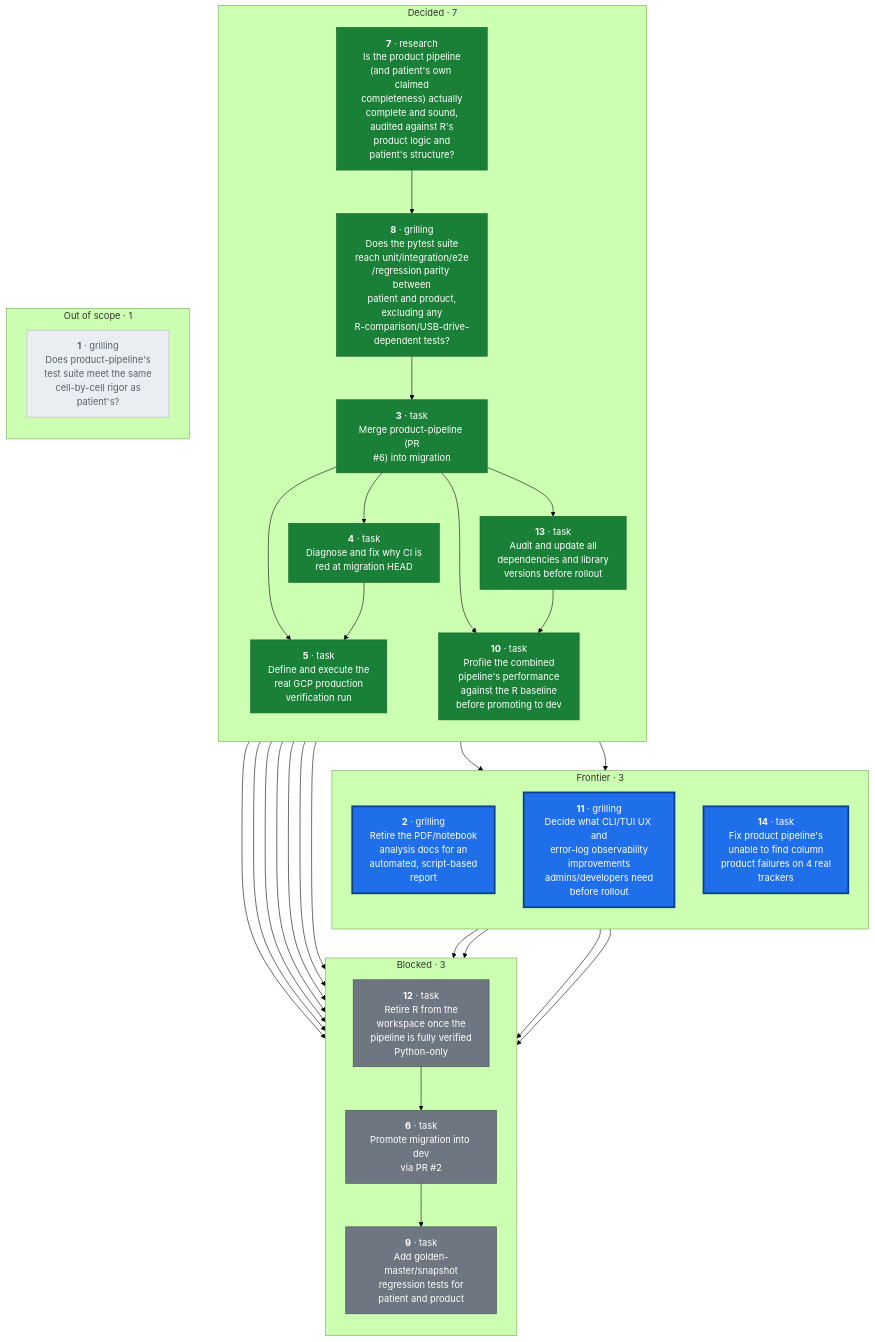
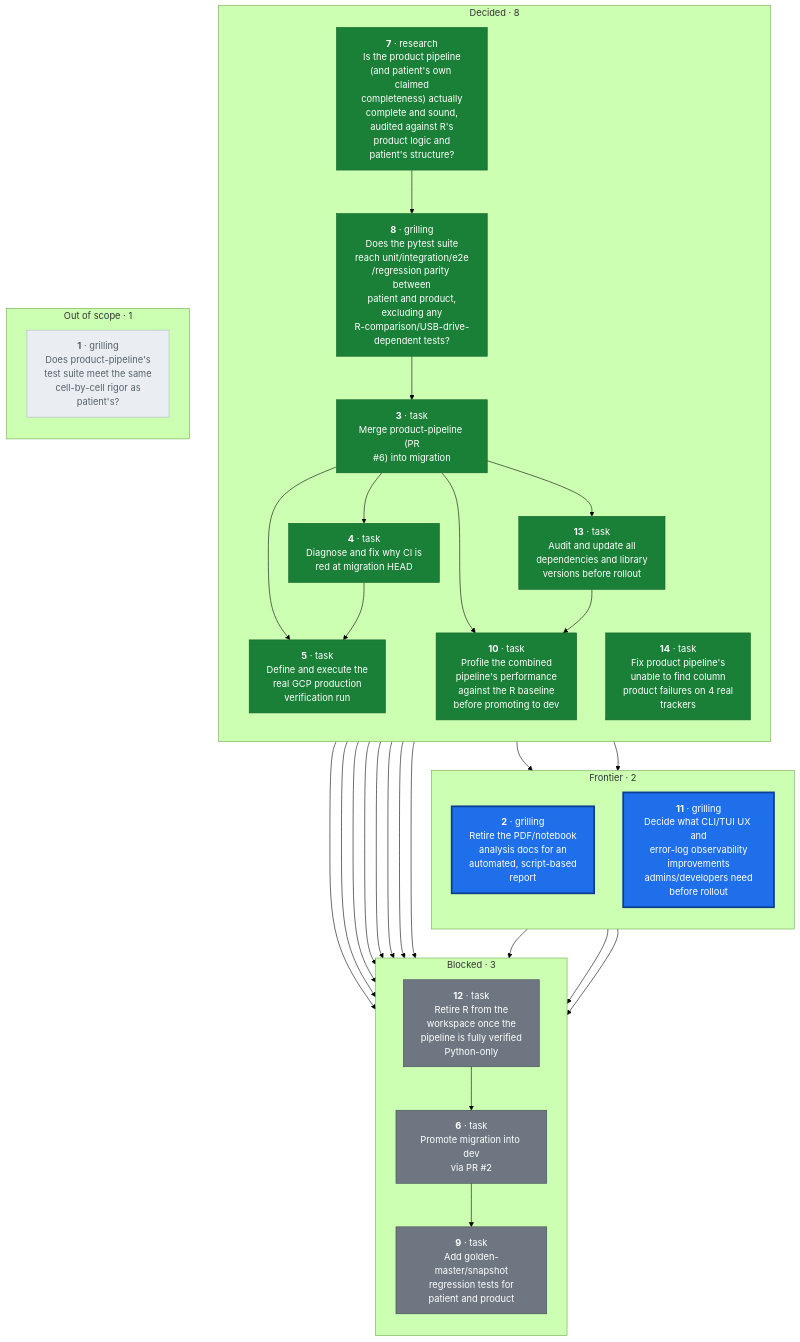
One commit to CorrelAid/a4d changed the diagram in docs/wayfinder/graph.mmd. Above: the diagram before and after it, drawn with Mermaid (forest theme). The commit also changed 7 other files, not shown here.

```diff
--- a/docs/wayfinder/graph.mmd
+++ b/docs/wayfinder/graph.mmd
@@ -1,60 +1,60 @@
 flowchart TD
-  subgraph FRONTIER["Frontier · 3"]
+  subgraph FRONTIER["Frontier · 2"]
     direction TB
     T2["<b>2</b> · grilling<br/>Retire the PDF/notebook<br/>analysis docs for an<br/>automated, script-based<br/>report"]
     T11["<b>11</b> · grilling<br/>Decide what CLI/TUI UX and<br/>error-log observability<br/>improvements<br/>admins/developers need<br/>before rollout"]
-    T14["<b>14</b> · task<br/>Fix product pipeline's<br/>unable to find column<br/>product failures on 4 real<br/>trackers"]
   end
   subgraph BLOCKED["Blocked · 3"]
     direction TB
     T6["<b>6</b> · task<br/>Promote migration into dev<br/>via PR #2"]
     T9["<b>9</b> · task<br/>Add golden-master/snapshot<br/>regression tests for<br/>patient and product"]
     T12["<b>12</b> · task<br/>Retire R from the<br/>workspace once the<br/>pipeline is fully verified<br/>Python-only"]
   end
-  subgraph DECIDED["Decided · 7"]
+  subgraph DECIDED["Decided · 8"]
     direction TB
     T3["<b>3</b> · task<br/>Merge product-pipeline (PR<br/>#6) into migration"]
     T4["<b>4</b> · task<br/>Diagnose and fix why CI is<br/>red at migration HEAD"]
     T5["<b>5</b> · task<br/>Define and execute the<br/>real GCP production<br/>verification run"]
     T7["<b>7</b> · research<br/>Is the product pipeline<br/>(and patient's own claimed<br/>completeness) actually<br/>complete and sound,<br/>audited against R's<br/>product logic and<br/>patient's structure?"]
     T8["<b>8</b> · grilling<br/>Does the pytest suite<br/>reach unit/integration/e2e<br/>/regression parity between<br/>patient and product,<br/>excluding any<br/>R-comparison/USB-drive-<br/>dependent tests?"]
     T10["<b>10</b> · task<br/>Profile the combined<br/>pipeline's performance<br/>against the R baseline<br/>before promoting to dev"]
     T13["<b>13</b> · task<br/>Audit and update all<br/>dependencies and library<br/>versions before rollout"]
+    T14["<b>14</b> · task<br/>Fix product pipeline's<br/>unable to find column<br/>product failures on 4 real<br/>trackers"]
   end
   subgraph DROPPED["Out of scope · 1"]
     direction TB
     T1["<b>1</b> · grilling<br/>Does product-pipeline's<br/>test suite meet the same<br/>cell-by-cell rigor as<br/>patient's?"]
   end
 
   T2 --> T6
   T2 --> T12
   T3 --> T2
   T3 --> T4
   T3 --> T5
   T3 --> T6
   T3 --> T10
   T3 --> T11
   T3 --> T13
   T4 --> T5
   T4 --> T6
   T5 --> T6
   T6 --> T9
   T7 --> T8
   T8 --> T3
   T8 --> T6
   T10 --> T6
   T10 --> T12
   T11 --> T6
   T12 --> T6
   T13 --> T6
   T13 --> T10
   T14 --> T6
 
   classDef frontier fill:#1f6feb,stroke:#0b3d91,stroke-width:3px,color:#ffffff
-  class T2,T11,T14 frontier
+  class T2,T11 frontier
   classDef blocked fill:#6e7781,stroke:#424a53,stroke-width:1px,color:#ffffff
   class T6,T9,T12 blocked
   classDef decided fill:#1a7f37,stroke:#116329,stroke-width:1px,color:#ffffff
-  class T3,T4,T5,T7,T8,T10,T13 decided
+  class T3,T4,T5,T7,T8,T10,T13,T14 decided
   classDef dropped fill:#eaeef2,stroke:#afb8c1,stroke-width:1px,color:#57606a
   class T1 dropped
```
